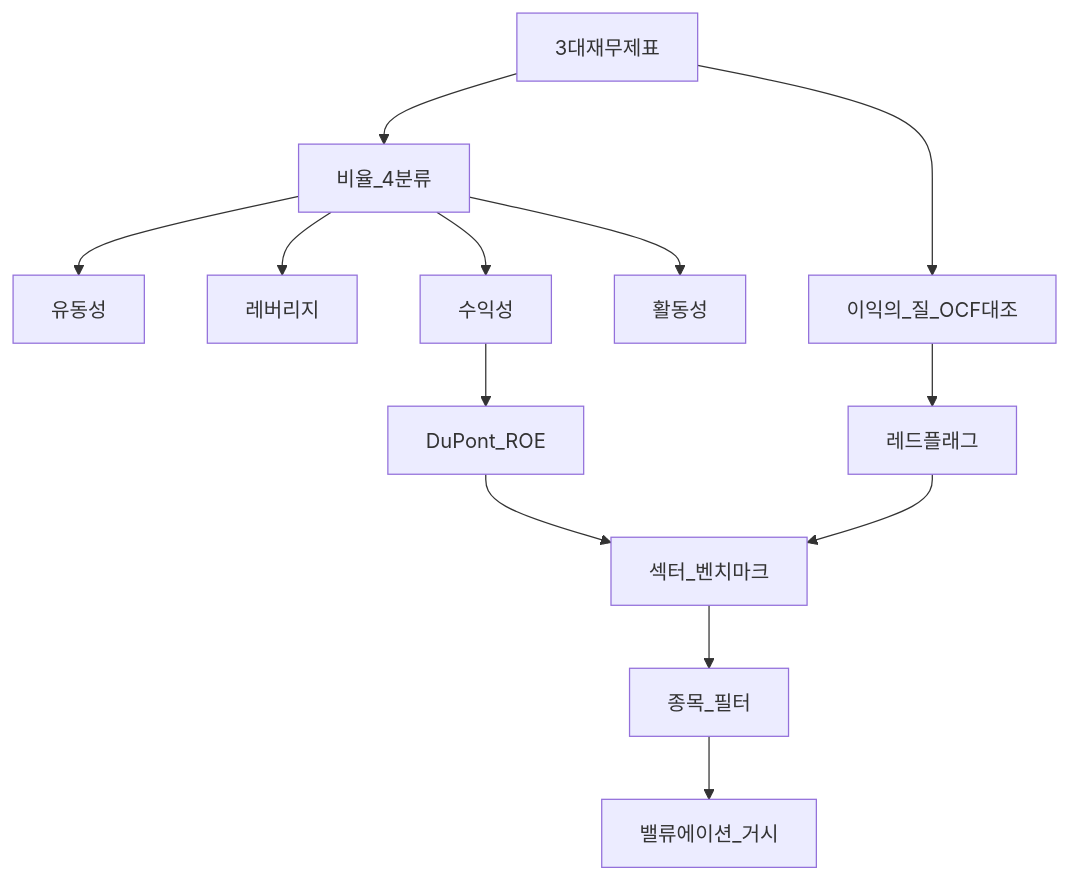
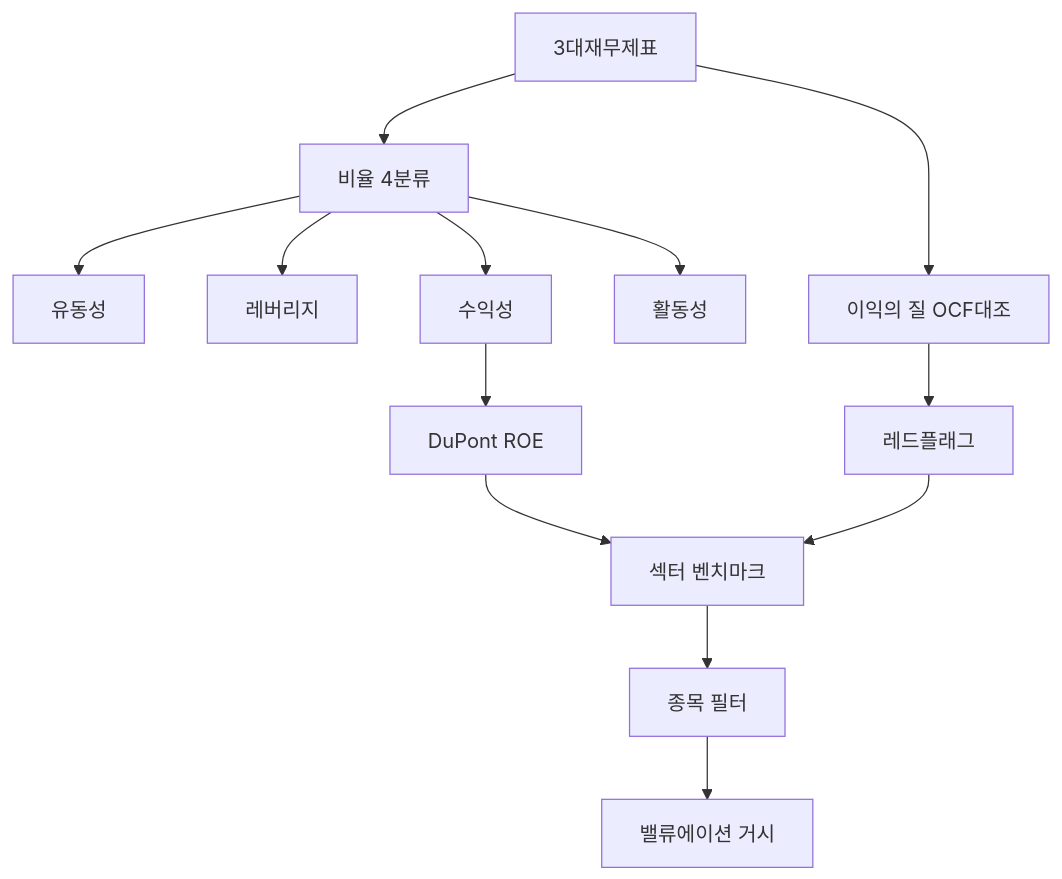
Before and after one commit to goldanghenry/Finances: the first of 3 diagrams in 01-foundations/financial-statements-analysis.md, drawn with Mermaid. The commit also changed other lines of this file and 211 other files, not shown here.

````diff
--- a/01-foundations/financial-statements-analysis.md
+++ b/01-foundations/financial-statements-analysis.md
@@ -132,15 +143,15 @@
 ```mermaid
 flowchart TD
-  FS[3대재무제표] --> Cat[비율_4분류]
+  FS[3대재무제표] --> Cat["비율 4분류"]
   Cat --> Liq[유동성]
   Cat --> Lev[레버리지]
   Cat --> Prof[수익성]
   Cat --> Act[활동성]
-  Prof --> DP[DuPont_ROE]
-  FS --> QOE[이익의_질_OCF대조]
+  Prof --> DP["DuPont ROE"]
+  FS --> QOE["이익의 질 OCF대조"]
   QOE --> RF[레드플래그]
-  DP --> Sec[섹터_벤치마크]
+  DP --> Sec["섹터 벤치마크"]
   RF --> Sec
-  Sec --> Pick[종목_필터]
-  Pick --> Val[밸류에이션_거시]
+  Sec --> Pick["종목 필터"]
+  Pick --> Val["밸류에이션 거시"]
 ```
````
